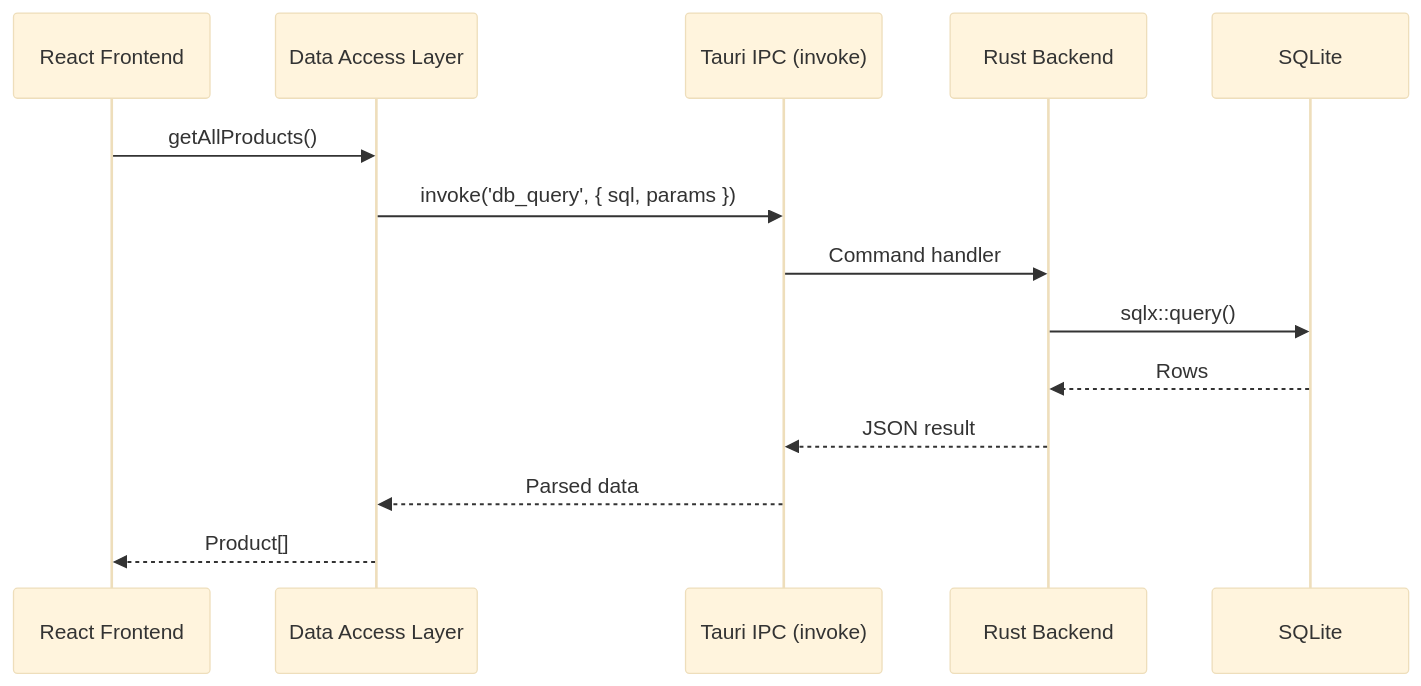
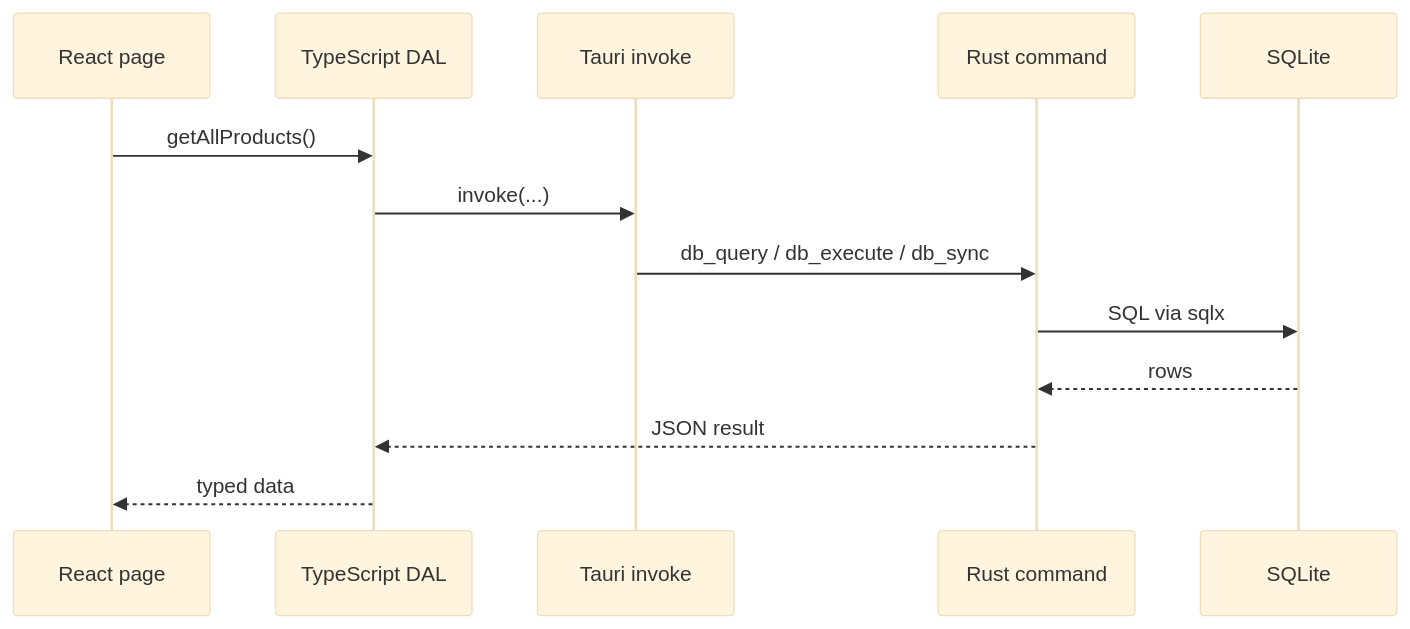
One commit to BootlegYouki/at-iba-pa-pos changed the third of 4 diagrams in docs/02-architecture.md. Above: the diagram before and after it, drawn with Mermaid (base theme). The commit also changed other lines of this file and 10 other files, not shown here.

First line of the commit message:
Refactor user guide and database schema documentation; enhance export reports feature

````diff
--- a/docs/02-architecture.md
+++ b/docs/02-architecture.md
@@ -148,17 +130,16 @@
 ```mermaid
 sequenceDiagram
-    participant UI as React Frontend
-    participant DAL as Data Access Layer
-    participant IPC as Tauri IPC (invoke)
-    participant Rust as Rust Backend
+    participant UI as React page
+    participant DAL as TypeScript DAL
+    participant IPC as Tauri invoke
+    participant Rust as Rust command
     participant DB as SQLite
 
     UI->>DAL: getAllProducts()
-    DAL->>IPC: invoke('db_query', { sql, params })
-    IPC->>Rust: Command handler
-    Rust->>DB: sqlx::query()
-    DB-->>Rust: Rows
-    Rust-->>IPC: JSON result
-    IPC-->>DAL: Parsed data
-    DAL-->>UI: Product[]
+    DAL->>IPC: invoke(...)
+    IPC->>Rust: db_query / db_execute / db_sync
+    Rust->>DB: SQL via sqlx
+    DB-->>Rust: rows
+    Rust-->>DAL: JSON result
+    DAL-->>UI: typed data
 ```
````
